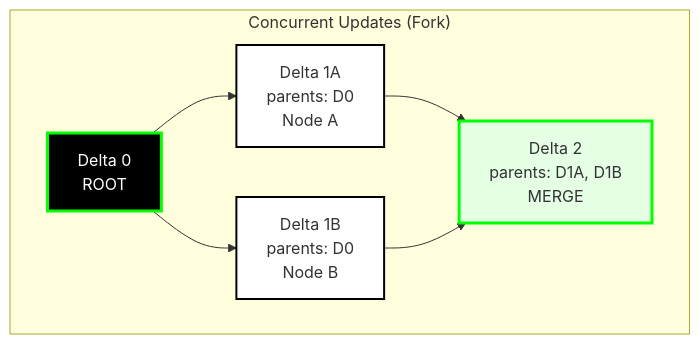
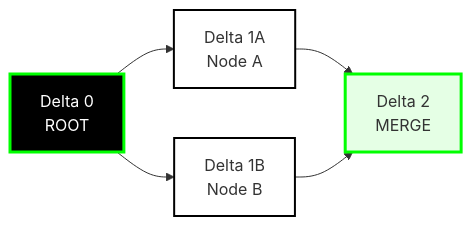
Before and after one commit to calimero-network/docs: the sixth of 7 diagrams in docs/core-concepts/architecture.md, drawn with Mermaid. The commit also changed other lines of this file and 26 other files, not shown here.

First line of the commit message:
docs: Reorganize documentation structure and fix graphs

````diff
--- a/docs/core-concepts/architecture.md
+++ b/docs/core-concepts/architecture.md
@@ -115,19 +115,12 @@
 ```mermaid
-graph TB
-    subgraph "Concurrent Updates (Fork)"
-        F0[Delta 0<br/>ROOT]
-        F1A[Delta 1A<br/>parents: D0<br/>Node A]
-        F1B[Delta 1B<br/>parents: D0<br/>Node B]
-        F2[Delta 2<br/>parents: D1A, D1B<br/>MERGE]
-        
-        F0 --> F1A
-        F0 --> F1B
-        F1A --> F2
-        F1B --> F2
-    end
+graph LR
+    ROOT[Delta 0<br/>ROOT] --> A[Delta 1A<br/>Node A]
+    ROOT --> B[Delta 1B<br/>Node B]
+    A --> MERGE[Delta 2<br/>MERGE]
+    B --> MERGE
     
-    style F0 fill:#000000,stroke:#00ff00,stroke-width:3px,color:#ffffff
-    style F1A fill:#ffffff,stroke:#000000,stroke-width:2px
-    style F1B fill:#ffffff,stroke:#000000,stroke-width:2px
-    style F2 fill:#e5ffe5,stroke:#00ff00,stroke-width:3px
+    style ROOT fill:#000000,stroke:#00ff00,stroke-width:3px,color:#ffffff
+    style A fill:#ffffff,stroke:#000000,stroke-width:2px
+    style B fill:#ffffff,stroke:#000000,stroke-width:2px
+    style MERGE fill:#e5ffe5,stroke:#00ff00,stroke-width:3px
 ```
````
